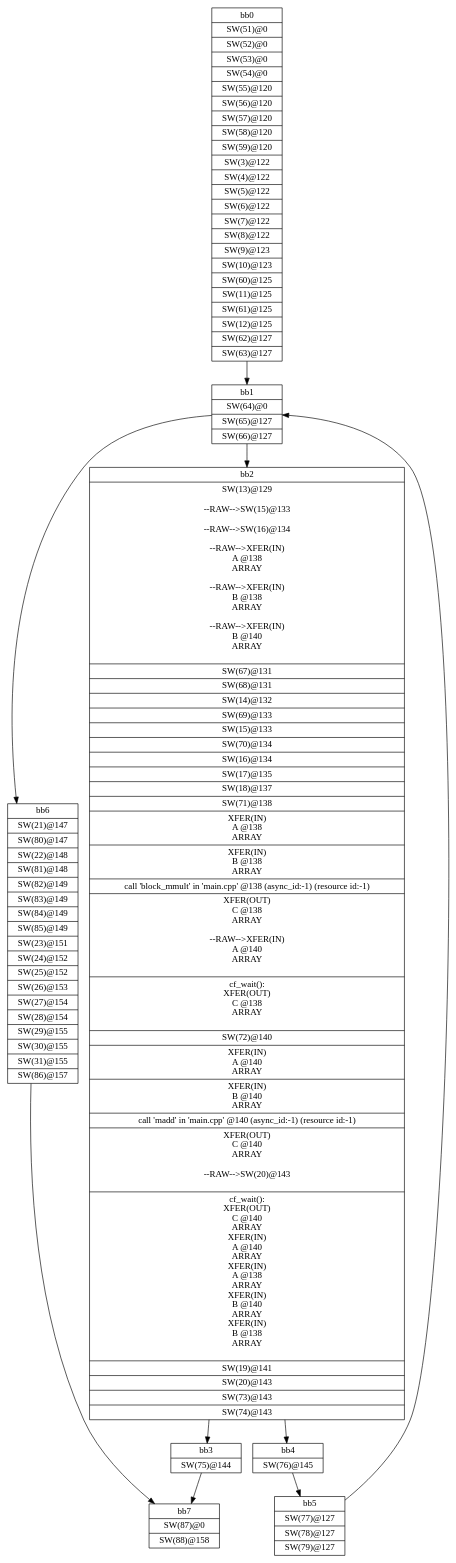
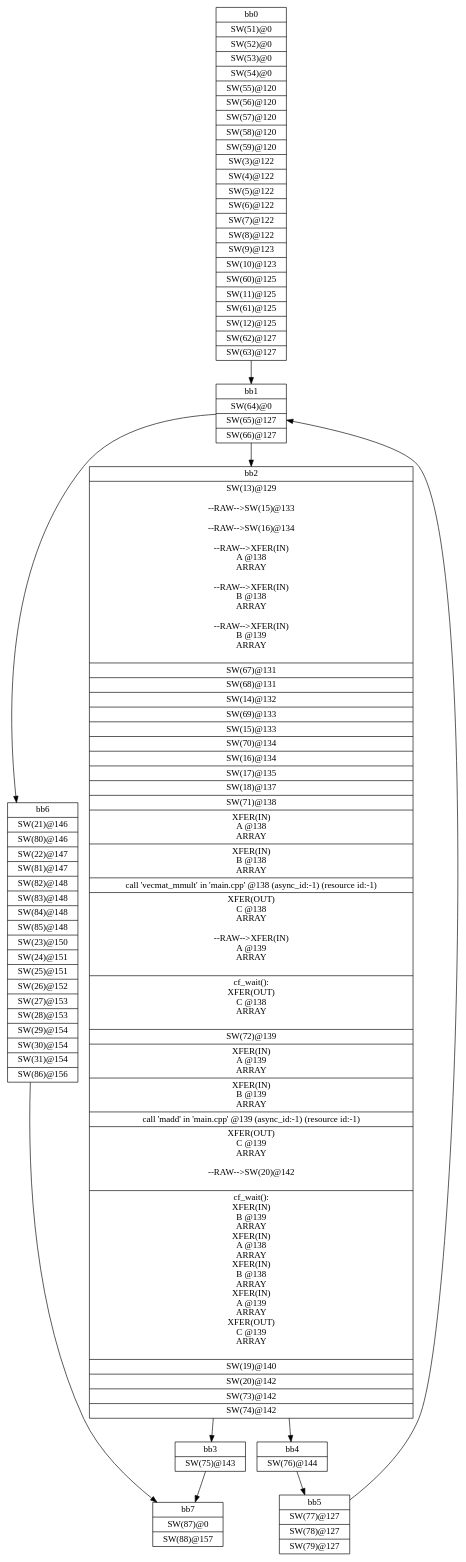
One commit to goceee/advanced_fpga_and_dsp changed the diagram in lab_2/Release/_sds/.llvm/_px_cdfg_wait_mmult_test.dot. Above: the diagram before and after it, drawn with Graphviz. The commit also changed 377 other files, not shown here.

```diff
--- a/lab_2/Release/_sds/.llvm/_px_cdfg_wait_mmult_test.dot
+++ b/lab_2/Release/_sds/.llvm/_px_cdfg_wait_mmult_test.dot
@@ -1,20 +1,20 @@
 digraph CDFG {
 node [shape=record];
-bb0 [shape=record, label = "{bb0|<x000001AF8A42DF60>SW(51)@0\n|<x000001AF8A42DD80>SW(52)@0\n|<x000001AF8A42DE20>SW(53)@0\n|<x000001AF8A42E000>SW(54)@0\n|<x000001AF8A42E0A0>SW(55)@120\n|<x000001AF8AC4C320>SW(56)@120\n|<x000001AF8AC4BD80>SW(57)@120\n|<x000001AF8AC4C640>SW(58)@120\n|<x000001AF8AC4C780>SW(59)@120\n|<x000001AF8A028960>SW(3)@122\n|<x000001AF8A028320>SW(4)@122\n|<x000001AF8A0276A0>SW(5)@122\n|<x000001AF8A028FA0>SW(6)@122\n|<x000001AF8A028BE0>SW(7)@122\n|<x000001AF8A027920>SW(8)@122\n|<x000001AF8A027CE0>SW(9)@123\n|<x000001AF8A42D9C0>SW(10)@123\n|<x000001AF8AC4B560>SW(60)@125\n|<x000001AF8A42D240>SW(11)@125\n|<x000001AF8AC4C140>SW(61)@125\n|<x000001AF8A42EAA0>SW(12)@125\n|<x000001AF8AC4BE20>SW(62)@127\n|<x000001AF8AC4B1A0>SW(63)@127\n}"];
-bb1 [shape=record, label = "{bb1|<x000001AF8AC4B6A0>SW(64)@0\n|<x000001AF8AC4AF20>SW(65)@127\n|<x000001AF8AC4B740>SW(66)@127\n}"];
-bb2 [shape=record, label = "{bb2|<x000001AF8A42CE80>SW(13)@129\n\n--RAW--\>SW(15)@133\n\n--RAW--\>SW(16)@134\n\n--RAW--\>XFER(IN)\nA @138\nARRAY\n\n--RAW--\>XFER(IN)\nB @138\nARRAY\n\n--RAW--\>XFER(IN)\nB @140\nARRAY\n\n|<x000001AF8AC4C460>SW(67)@131\n|<x000001AF8AC4ACA0>SW(68)@131\n|<x000001AF8A42E6E0>SW(14)@132\n|<x000001AF8AC4B420>SW(69)@133\n|<x000001AF8A42DA60>SW(15)@133\n|<x000001AF8AC4B100>SW(70)@134\n|<x000001AF8A42D6A0>SW(16)@134\n|<x000001AF8A42D7E0>SW(17)@135\n|<x000001AF8A42CDE0>SW(18)@137\n|<x000001AF8AC4B240>SW(71)@138\n|<x000001AF8AC4B380>XFER(IN)\nA @138\nARRAY\n|<x000001AF8AC4B920>XFER(IN)\nB @138\nARRAY\n|<x000001AF8A059090>call 'block_mmult' in 'main.cpp' @138 (async_id:-1) (resource id:-1)\n|<x000001AF8AC4BA60>XFER(OUT)\nC @138\nARRAY\n\n--RAW--\>XFER(IN)\nA @140\nARRAY\n\n|<x000001AF8AC4C5A0>cf_wait(): \nXFER(OUT)\nC @138\nARRAY\n\n|<x000001AF8AC4AC00>SW(72)@140\n|<x000001AF8AC4BB00>XFER(IN)\nA @140\nARRAY\n|<x000001AF8AC4ADE0>XFER(IN)\nB @140\nARRAY\n|<x000001AF8A059170>call 'madd' in 'main.cpp' @140 (async_id:-1) (resource id:-1)\n|<x000001AF8AC4BBA0>XFER(OUT)\nC @140\nARRAY\n\n--RAW--\>SW(20)@143\n\n|<x000001AF8AC4C6E0>cf_wait(): \nXFER(OUT)\nC @140\nARRAY\nXFER(IN)\nA @140\nARRAY\nXFER(IN)\nA @138\nARRAY\nXFER(IN)\nB @140\nARRAY\nXFER(IN)\nB @138\nARRAY\n\n|<x000001AF8A42E780>SW(19)@141\n|<x000001AF8A42E8C0>SW(20)@143\n|<x000001AF8AC4B600>SW(73)@143\n|<x000001AF8AC4B2E0>SW(74)@143\n}"];
-bb3 [shape=record, label = "{bb3|<x000001AF8AC4B4C0>SW(75)@144\n}"];
-bb4 [shape=record, label = "{bb4|<x000001AF8AC4C280>SW(76)@145\n}"];
-bb5 [shape=record, label = "{bb5|<x000001AF8AC4C8C0>SW(77)@127\n|<x000001AF8AC4BF60>SW(78)@127\n|<x000001AF8AC4BEC0>SW(79)@127\n}"];
-bb6 [shape=record, label = "{bb6|<x000001AF8A42D740>SW(21)@147\n|<x000001AF8AC4B9C0>SW(80)@147\n|<x000001AF8A42E820>SW(22)@148\n|<x000001AF8AC4AD40>SW(81)@148\n|<x000001AF8AC4C000>SW(82)@149\n|<x000001AF8AC4B7E0>SW(83)@149\n|<x000001AF8AC4B880>SW(84)@149\n|<x000001AF8AC4C0A0>SW(85)@149\n|<x000001AF8A42E320>SW(23)@151\n|<x000001AF8A42DC40>SW(24)@152\n|<x000001AF8A42E640>SW(25)@152\n|<x000001AF8A42E960>SW(26)@153\n|<x000001AF8A42E500>SW(27)@154\n|<x000001AF8A42CF20>SW(28)@154\n|<x000001AF8A42E3C0>SW(29)@155\n|<x000001AF8A42D560>SW(30)@155\n|<x000001AF8A42EB40>SW(31)@155\n|<x000001AF8AC4C1E0>SW(86)@157\n}"];
-bb7 [shape=record, label = "{bb7|<x000001AF8AC4C3C0>SW(87)@0\n|<x000001AF8AC4C500>SW(88)@158\n}"];
+bb0 [shape=record, label = "{bb0|<x000001EC21FDD790>SW(51)@0\n|<x000001EC21FDD8D0>SW(52)@0\n|<x000001EC21FDDA10>SW(53)@0\n|<x000001EC21FDDAB0>SW(54)@0\n|<x000001EC21FDDB50>SW(55)@120\n|<x000001EC21FDDE70>SW(56)@120\n|<x000001EC21FDC250>SW(57)@120\n|<x000001EC228115A0>SW(58)@120\n|<x000001EC22812680>SW(59)@120\n|<x000001EC21B1ED70>SW(3)@122\n|<x000001EC21B202B0>SW(4)@122\n|<x000001EC21B1E7D0>SW(5)@122\n|<x000001EC21B1EE10>SW(6)@122\n|<x000001EC21B1E870>SW(7)@122\n|<x000001EC21B1EF50>SW(8)@122\n|<x000001EC21B1F270>SW(9)@123\n|<x000001EC21ABE210>SW(10)@123\n|<x000001EC228124A0>SW(60)@125\n|<x000001EC21B1F3B0>SW(11)@125\n|<x000001EC22812900>SW(61)@125\n|<x000001EC21FDC390>SW(12)@125\n|<x000001EC228111E0>SW(62)@127\n|<x000001EC22810F60>SW(63)@127\n}"];
+bb1 [shape=record, label = "{bb1|<x000001EC22811640>SW(64)@0\n|<x000001EC22811820>SW(65)@127\n|<x000001EC22812360>SW(66)@127\n}"];
+bb2 [shape=record, label = "{bb2|<x000001EC21FDD330>SW(13)@129\n\n--RAW--\>SW(15)@133\n\n--RAW--\>SW(16)@134\n\n--RAW--\>XFER(IN)\nA @138\nARRAY\n\n--RAW--\>XFER(IN)\nB @138\nARRAY\n\n--RAW--\>XFER(IN)\nB @139\nARRAY\n\n|<x000001EC22812400>SW(67)@131\n|<x000001EC22811280>SW(68)@131\n|<x000001EC21FDC430>SW(14)@132\n|<x000001EC22812220>SW(69)@133\n|<x000001EC21FDD6F0>SW(15)@133\n|<x000001EC228122C0>SW(70)@134\n|<x000001EC21FDC4D0>SW(16)@134\n|<x000001EC21FDD0B0>SW(17)@135\n|<x000001EC21FDC570>SW(18)@137\n|<x000001EC22811320>SW(71)@138\n|<x000001EC22810EC0>XFER(IN)\nA @138\nARRAY\n|<x000001EC22811000>XFER(IN)\nB @138\nARRAY\n|<x000001EC21B57A80>call 'vecmat_mmult' in 'main.cpp' @138 (async_id:-1) (resource id:-1)\n|<x000001EC228110A0>XFER(OUT)\nC @138\nARRAY\n\n--RAW--\>XFER(IN)\nA @139\nARRAY\n\n|<x000001EC22812540>cf_wait(): \nXFER(OUT)\nC @138\nARRAY\n\n|<x000001EC22812040>SW(72)@139\n|<x000001EC22811140>XFER(IN)\nA @139\nARRAY\n|<x000001EC22811C80>XFER(IN)\nB @139\nARRAY\n|<x000001EC21B57460>call 'madd' in 'main.cpp' @139 (async_id:-1) (resource id:-1)\n|<x000001EC22811500>XFER(OUT)\nC @139\nARRAY\n\n--RAW--\>SW(20)@142\n\n|<x000001EC22811960>cf_wait(): \nXFER(IN)\nB @139\nARRAY\nXFER(IN)\nA @138\nARRAY\nXFER(IN)\nB @138\nARRAY\nXFER(IN)\nA @139\nARRAY\nXFER(OUT)\nC @139\nARRAY\n\n|<x000001EC21FDC6B0>SW(19)@140\n|<x000001EC21FDCC50>SW(20)@142\n|<x000001EC22810E20>SW(73)@142\n|<x000001EC22812860>SW(74)@142\n}"];
+bb3 [shape=record, label = "{bb3|<x000001EC22812720>SW(75)@143\n}"];
+bb4 [shape=record, label = "{bb4|<x000001EC228127C0>SW(76)@144\n}"];
+bb5 [shape=record, label = "{bb5|<x000001EC22810CE0>SW(77)@127\n|<x000001EC22811DC0>SW(78)@127\n|<x000001EC228118C0>SW(79)@127\n}"];
+bb6 [shape=record, label = "{bb6|<x000001EC21FDCB10>SW(21)@146\n|<x000001EC228129A0>SW(80)@146\n|<x000001EC21FDD970>SW(22)@147\n|<x000001EC22811E60>SW(81)@147\n|<x000001EC228113C0>SW(82)@148\n|<x000001EC22810D80>SW(83)@148\n|<x000001EC22810BA0>SW(84)@148\n|<x000001EC22810B00>SW(85)@148\n|<x000001EC21FDD150>SW(23)@150\n|<x000001EC21FDC610>SW(24)@151\n|<x000001EC21FDC930>SW(25)@151\n|<x000001EC21FDC2F0>SW(26)@152\n|<x000001EC21FDD510>SW(27)@153\n|<x000001EC21FDDDD0>SW(28)@153\n|<x000001EC21FDCE30>SW(29)@154\n|<x000001EC21FDDBF0>SW(30)@154\n|<x000001EC21FDD010>SW(31)@154\n|<x000001EC228120E0>SW(86)@156\n}"];
+bb7 [shape=record, label = "{bb7|<x000001EC22811460>SW(87)@0\n|<x000001EC22810C40>SW(88)@157\n}"];
 bb0 -> bb1
 bb1 -> bb2
 bb1 -> bb6
 bb2 -> bb3
 bb2 -> bb4
 bb3 -> bb7
 bb4 -> bb5
 bb5 -> bb1
 bb6 -> bb7
 }
```
